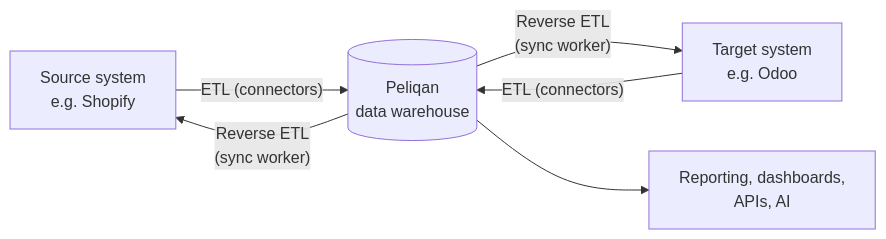
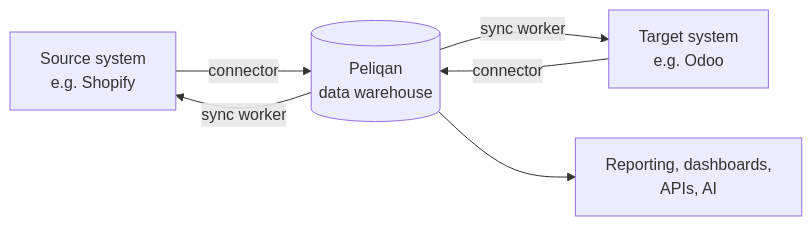
The first of 4 diagrams in README.md (Peliqan-io/skills), drawn with Mermaid before and after one commit. The commit also changed other lines of this file and 9 other files, not shown here.

````diff
--- a/README.md
+++ b/README.md
@@ -56,8 +63,8 @@
 ```mermaid
 flowchart LR
-    A[Source system<br/>e.g. Shopify] -- "ETL (connectors)" --> DWH[(Peliqan<br/>data warehouse)]
-    B[Target system<br/>e.g. Odoo] -- "ETL (connectors)" --> DWH
-    DWH -- "Reverse ETL<br/>(sync worker)" --> B
-    DWH -- "Reverse ETL<br/>(sync worker)" --> A
+    A[Source system<br/>e.g. Shopify] -- "connector" --> DWH[(Peliqan<br/>data warehouse)]
+    B[Target system<br/>e.g. Odoo] -- "connector" --> DWH
+    DWH -- "sync worker" --> B
+    DWH -- "sync worker" --> A
     DWH --> R[Reporting, dashboards,<br/>APIs, AI]
 ```
````
